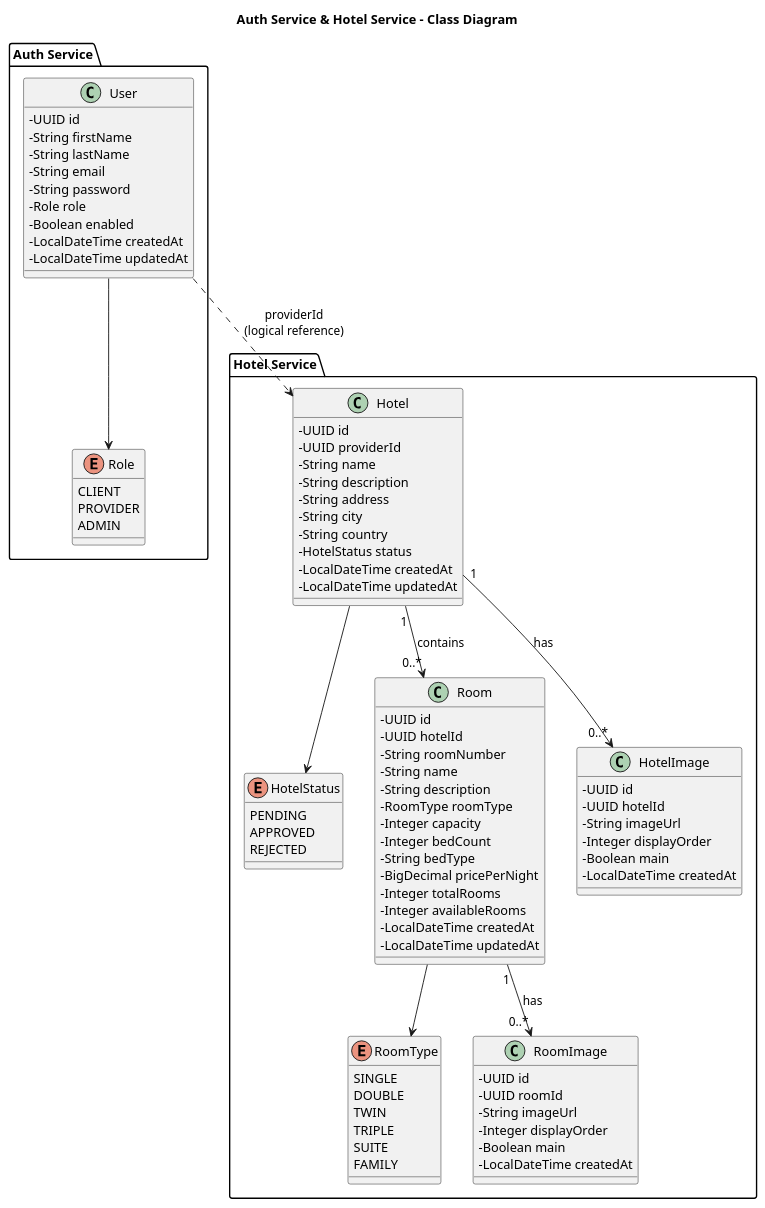
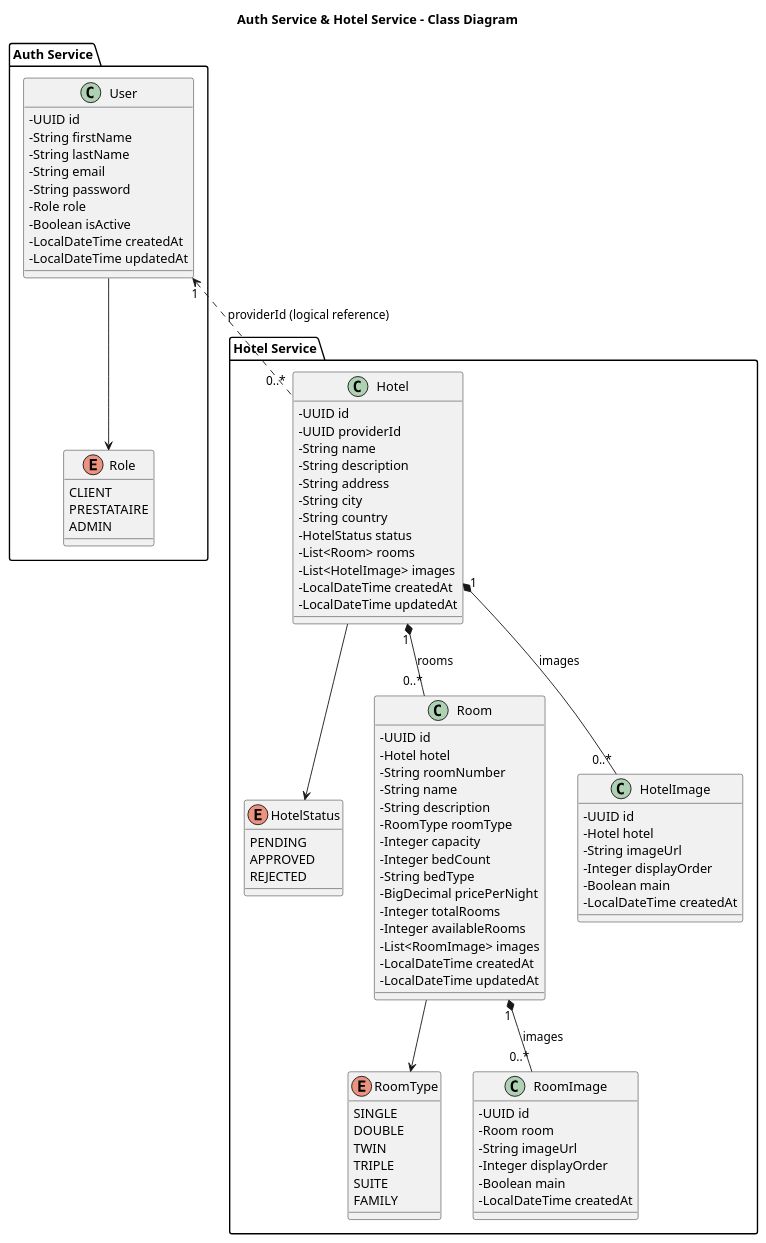
Before and after one commit to reda-alilouch/Reservation-services: the diagram in diagrams/class.puml, drawn with PlantUML. The commit also changed 7 other files, not shown here.

Commit message:
feat: Enhance User, Hotel, Room, and Image entities with new attributes, indexes, and relationships; update class diagram

```diff
--- a/diagrams/class.puml
+++ b/diagrams/class.puml
@@ -1,105 +1,108 @@
 @startuml
 
     title Auth Service & Hotel Service - Class Diagram
 
     skinparam classAttributeIconSize 0
 
     package "Auth Service" {
 
         enum Role {
             CLIENT
-            PROVIDER
+            PRESTATAIRE
             ADMIN
         }
 
         class User {
             - UUID id
             - String firstName
             - String lastName
             - String email
             - String password
             - Role role
-            - Boolean enabled
+            - Boolean isActive
             - LocalDateTime createdAt
             - LocalDateTime updatedAt
         }
 
         User --> Role
     }
 
     package "Hotel Service" {
 
         enum HotelStatus {
             PENDING
             APPROVED
             REJECTED
         }
 
         enum RoomType {
             SINGLE
             DOUBLE
             TWIN
             TRIPLE
             SUITE
             FAMILY
         }
 
         class Hotel {
             - UUID id
             - UUID providerId
             - String name
             - String description
             - String address
             - String city
             - String country
             - HotelStatus status
+            - List<Room> rooms
+            - List<HotelImage> images
             - LocalDateTime createdAt
             - LocalDateTime updatedAt
         }
 
         class Room {
             - UUID id
-            - UUID hotelId
+            - Hotel hotel
             - String roomNumber
             - String name
             - String description
             - RoomType roomType
             - Integer capacity
             - Integer bedCount
             - String bedType
             - BigDecimal pricePerNight
             - Integer totalRooms
             - Integer availableRooms
+            - List<RoomImage> images
             - LocalDateTime createdAt
             - LocalDateTime updatedAt
         }
 
         class HotelImage {
             - UUID id
-            - UUID hotelId
+            - Hotel hotel
             - String imageUrl
             - Integer displayOrder
             - Boolean main
             - LocalDateTime createdAt
         }
 
         class RoomImage {
             - UUID id
-            - UUID roomId
+            - Room room
             - String imageUrl
             - Integer displayOrder
             - Boolean main
             - LocalDateTime createdAt
         }
 
-        Hotel "1" --> "0..*" Room : contains
-        Hotel "1" --> "0..*" HotelImage : has
-        Room "1" --> "0..*" RoomImage : has
+        Hotel "1" *-- "0..*" Room : rooms
+        Hotel "1" *-- "0..*" HotelImage : images
+        Room "1" *-- "0..*" RoomImage : images
 
         Hotel --> HotelStatus
         Room --> RoomType
     }
 
-    User ..> Hotel : providerId\n(logical reference)
+    User "1" <.. "0..*" Hotel : providerId (logical reference)
 
 @enduml
```
